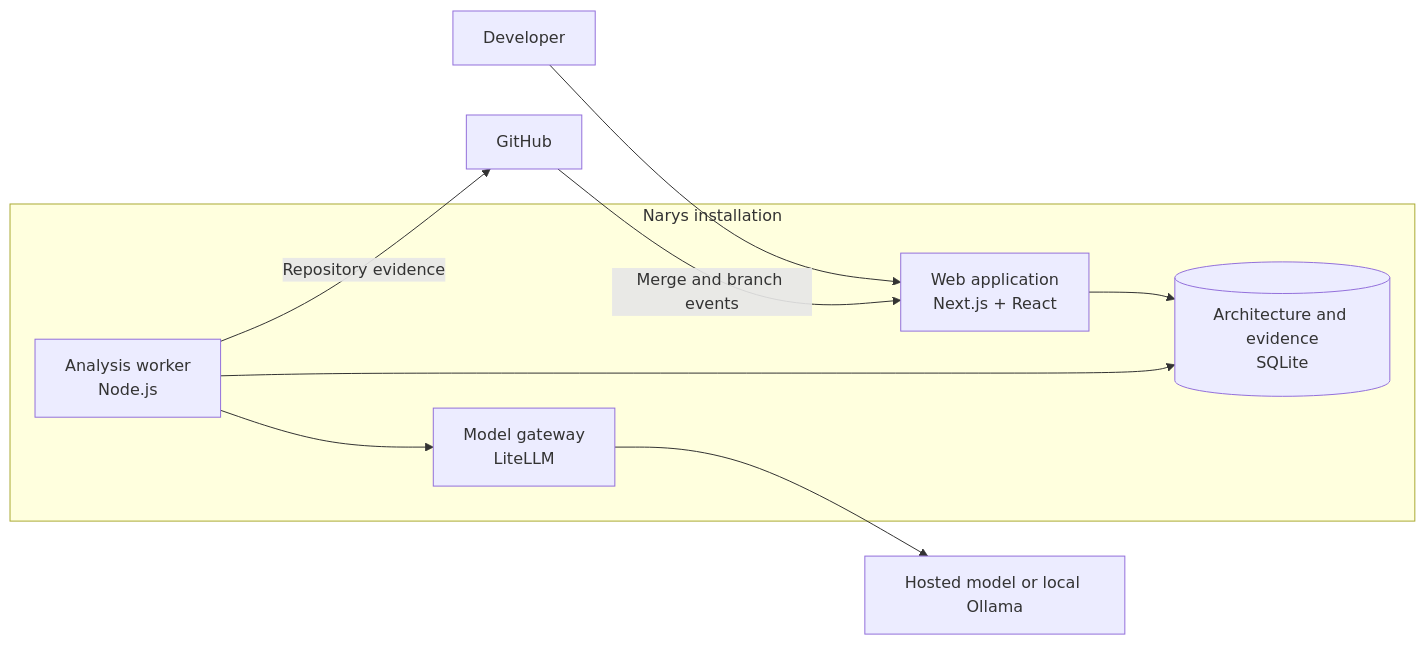
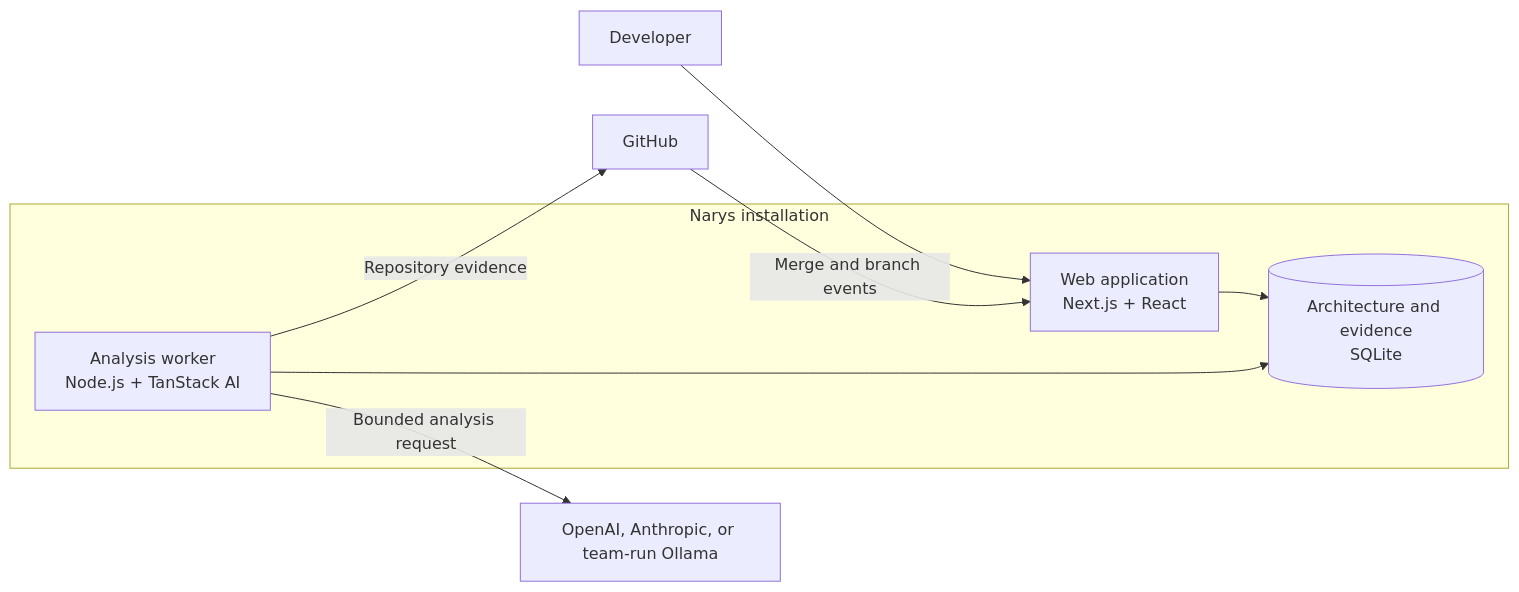
One commit to matejpalenik/narys changed the fourth of 4 diagrams in README.md. Above: the diagram before and after it, drawn with Mermaid. The commit also changed other lines of this file and 172 other files, not shown here.

````diff
--- a/README.md
+++ b/README.md
@@ -297,23 +297,21 @@
 ```mermaid
 flowchart LR
     Engineer["Developer"]
 
     subgraph Narys["Narys installation"]
         Web["Web application<br/>Next.js + React"]
-        Worker["Analysis worker<br/>Node.js"]
+        Worker["Analysis worker<br/>Node.js + TanStack AI"]
         Store[("Architecture and evidence<br/>SQLite")]
-        Gateway["Model gateway<br/>LiteLLM"]
 
         Web --> Store
         Worker --> Store
-        Worker --> Gateway
     end
 
     GitHub["GitHub"]
-    Model["Hosted model or local Ollama"]
+    Model["OpenAI, Anthropic, or team-run Ollama"]
 
     Engineer --> Web
     GitHub -->|Merge and branch events| Web
     Worker -->|Repository evidence| GitHub
-    Gateway --> Model
+    Worker -->|Bounded analysis request| Model
 ```
````
